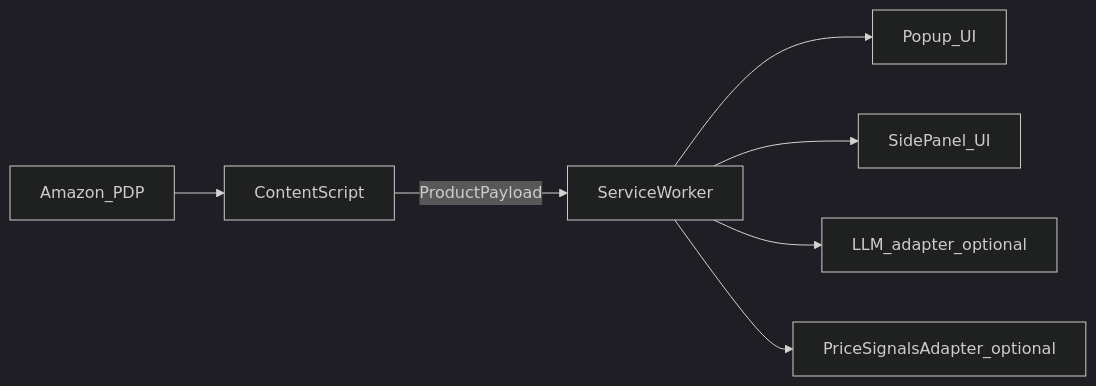
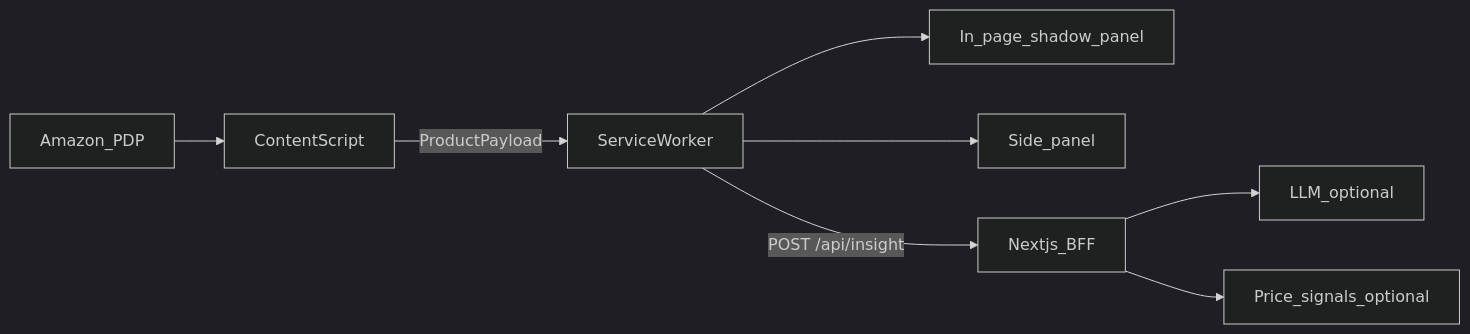
The diagram in requirements/bussiness.requirement.md (dickoallassane/ai-smart-shopper-allassane-dicko), drawn with Mermaid (dark theme) before and after one commit. The commit also changed other lines of this file and 7 other files, not shown here.

````diff
--- a/requirements/bussiness.requirement.md
+++ b/requirements/bussiness.requirement.md
@@ -168,17 +168,19 @@
 ```mermaid
 flowchart LR
   PDP[Amazon_PDP]
   CS[ContentScript]
   SW[ServiceWorker]
-  Popup[Popup_UI]
-  SP[SidePanel_UI]
-  LLM[LLM_adapter_optional]
-  Price[PriceSignalsAdapter_optional]
+  Panel[In_page_shadow_panel]
+  SP[Side_panel]
+  API[Nextjs_BFF]
+  LLM[LLM_optional]
+  Price[Price_signals_optional]
 
   PDP --> CS
   CS -->|ProductPayload| SW
-  SW --> Popup
+  SW --> Panel
   SW --> SP
-  SW --> LLM
-  SW --> Price
+  SW -->|POST /api/insight| API
+  API --> LLM
+  API --> Price
 ```
````
